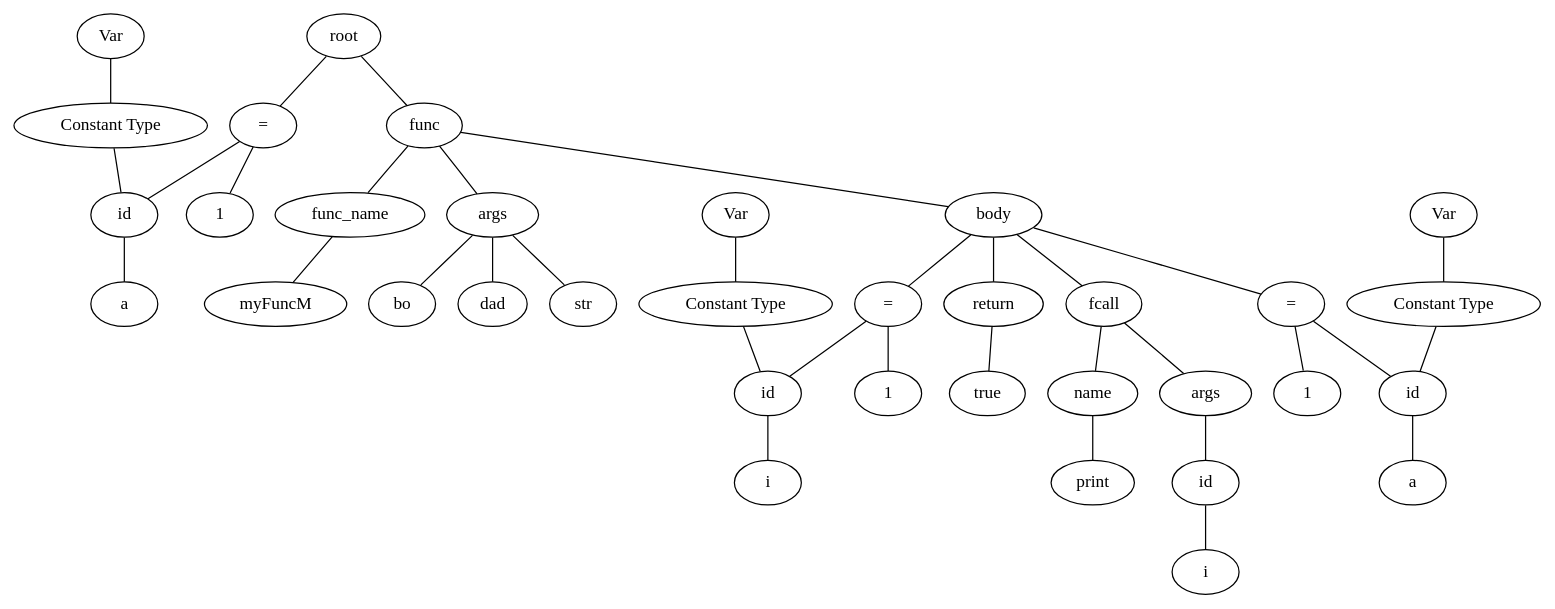
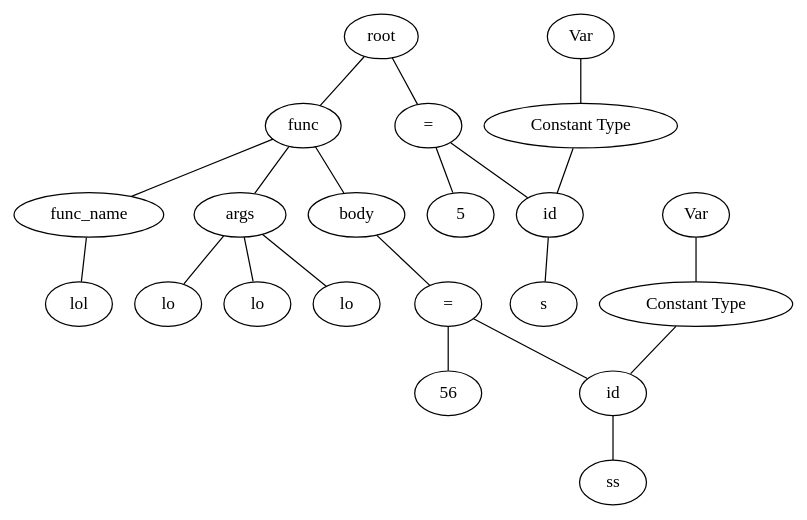
Before and after one commit to TAIIOK/SwiftCompilerToJavaByteCode: the diagram in build/file.dot, drawn with Graphviz. The commit also changed 48 other files, not shown here.

Commit message:
lol args

```diff
--- a/build/file.dot
+++ b/build/file.dot
@@ -1,71 +1,43 @@
 graph graphname {
 root;
 func0[label = "func"];
 root--func0;
 func0name[label = "func_name"];
-expr0[label = "myFuncM"];
+expr0[label = "lol"];
 func0name--expr0;
 func0--func0name;
 func0args[label = " args "];
 func0 -- func0args;
-expr1[label = "dad"];
+expr1[label = "lo"];
 func0args--expr1;
-expr2[label = "str"];
+expr2[label = "lo"];
 func0args--expr2;
-expr3[label = "bo"];
+expr3[label = "lo"];
 func0args--expr3;
 func0body[label = " body "];
 func0 -- func0body;
 assign0[label = "="];
 func0body--assign0;
 expr4[label = "id"];
 assign0--expr4;
 consttype0[label = "Constant Type"];
 consttype0--expr4;
 consttype1[label = "Var"];
 consttype1--consttype0;
-expr5[label = "i"];
+expr5[label = "ss"];
 expr4--expr5;
-expr6[label = "1"];
+expr6[label = "56"];
 assign0--expr6;
 assign1[label = "="];
-func0body--assign1;
+root--assign1;
 expr7[label = "id"];
 assign1--expr7;
 consttype2[label = "Constant Type"];
 consttype2--expr7;
 consttype3[label = "Var"];
 consttype3--consttype2;
-expr8[label = "a"];
+expr8[label = "s"];
 expr7--expr8;
-expr9[label = "1"];
+expr9[label = "5"];
 assign1--expr9;
-expr10[label = "fcall"];
-func0body--expr10;
-expr10name[label = "name"];
-expr11[label = "print"];
-expr10name--expr11;
-expr10--expr10name;
-expr10args[label = " args "];
-expr10 -- expr10args;
-expr12[label = "id"];
-expr10args--expr12;
-expr13[label = "i"];
-expr12--expr13;
-return2[label = "return"];
-func0body--return2;
-expr14[label = "true"];
-return2--expr14;
-assign3[label = "="];
-root--assign3;
-expr15[label = "id"];
-assign3--expr15;
-consttype4[label = "Constant Type"];
-consttype4--expr15;
-consttype5[label = "Var"];
-consttype5--consttype4;
-expr16[label = "a"];
-expr15--expr16;
-expr17[label = "1"];
-assign3--expr17;
 }
```
